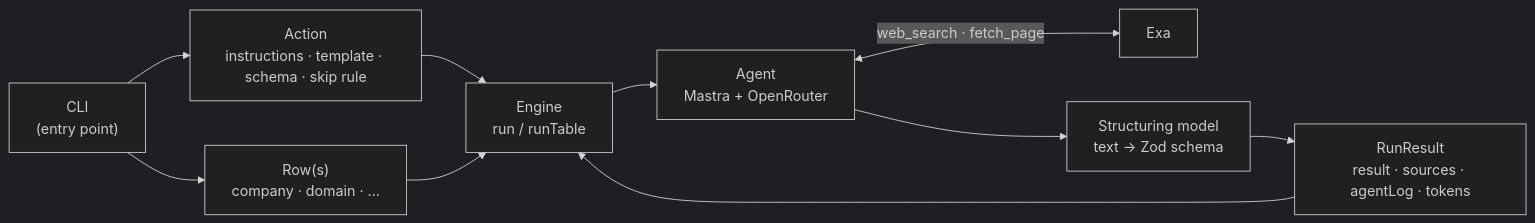
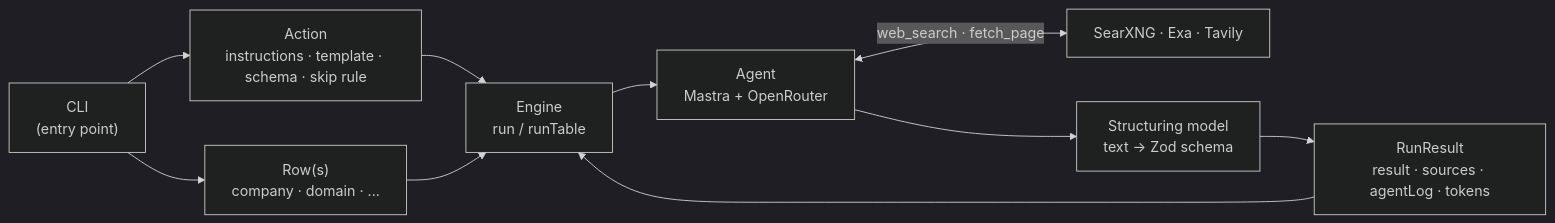
Before and after one commit to simonbalfe/openclaygent: the first of 3 diagrams in docs/architecture.md, drawn with Mermaid (dark theme). The commit also changed other lines of this file and 28 other files, not shown here.

First line of the commit message:
Build out fetch/search ladders, LinkedIn tools, Docker stack; sync docs

````diff
--- a/docs/architecture.md
+++ b/docs/architecture.md
@@ -11,12 +11,12 @@
 ```mermaid
 flowchart LR
   CLI["CLI<br/>(entry point)"] --> ACT["Action<br/>instructions · template · schema · skip rule"]
   CLI --> ROWS["Row(s)<br/>company · domain · ..."]
   ACT --> ENG
   ROWS --> ENG
   ENG["Engine<br/>run / runTable"] --> AG["Agent<br/>Mastra + OpenRouter"]
-  AG <-->|"web_search · fetch_page"| EXA["Exa"]
+  AG <-->|"web_search · fetch_page"| EXA["SearXNG · Exa · Tavily"]
   AG --> STR["Structuring model<br/>text → Zod schema"]
   STR --> RR["RunResult<br/>result · sources · agentLog · tokens"]
   RR --> ENG
 ```
````
